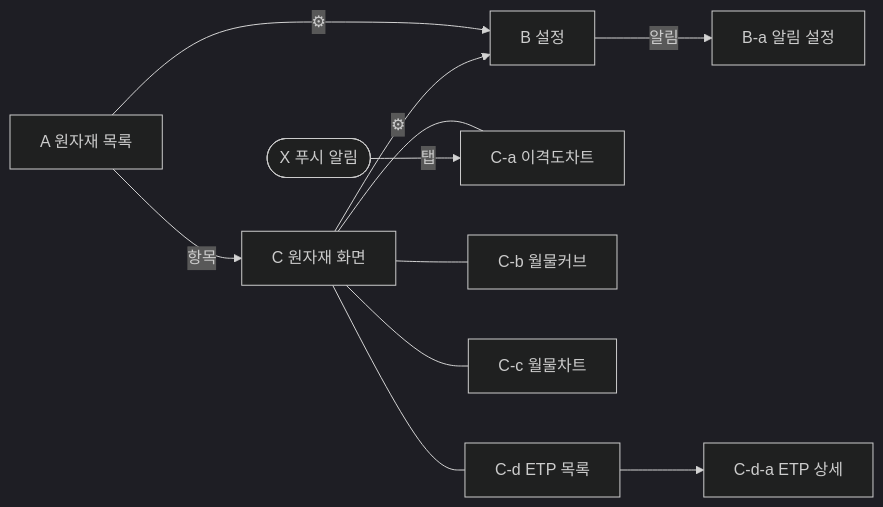
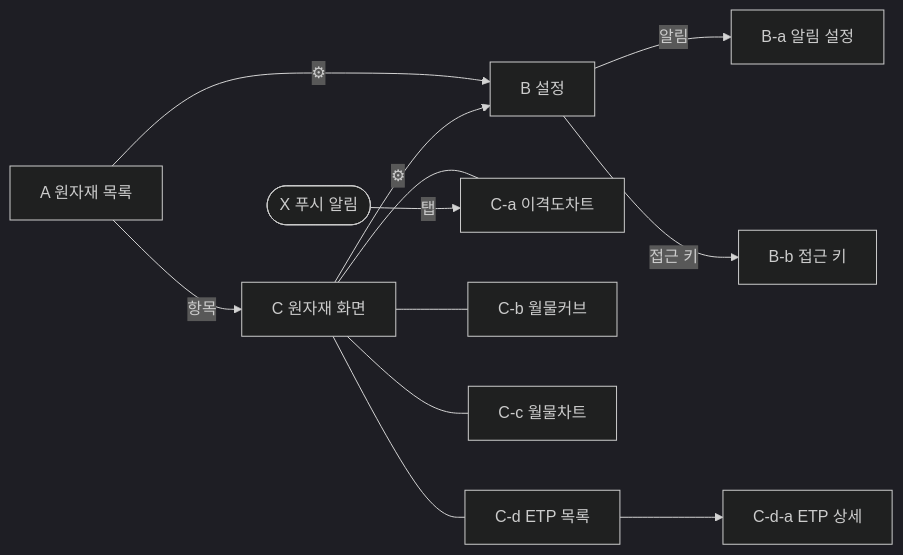
The diagram in docs/wireframes/screens.md (seyoun10/futureETP), drawn with Mermaid (dark theme) before and after one commit. The commit also changed other lines of this file and 6 other files, not shown here.

````diff
--- a/docs/wireframes/screens.md
+++ b/docs/wireframes/screens.md
@@ -21,10 +22,11 @@
 ```mermaid
 flowchart LR
     A[A 원자재 목록] -->|항목| C[C 원자재 화면]
     A -->|⚙| B[B 설정]
     C -->|⚙| B
     C --- Ca[C-a 이격도차트] & Cb[C-b 월물커브] & Cc[C-c 월물차트] & Cd[C-d ETP 목록]
     Cd --> Cda[C-d-a ETP 상세]
     B -->|알림| Ba[B-a 알림 설정]
+    B -->|접근 키| Bb[B-b 접근 키]
     X([X 푸시 알림]) -->|탭| Ca
 ```
````
